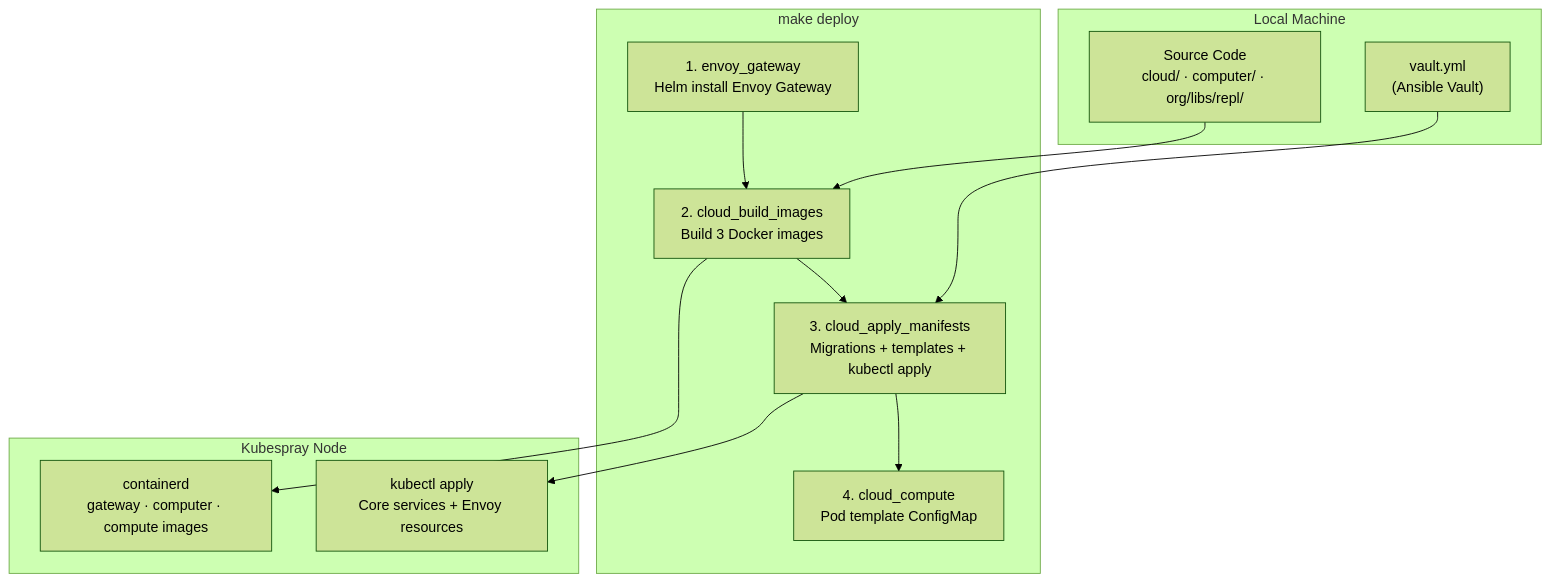
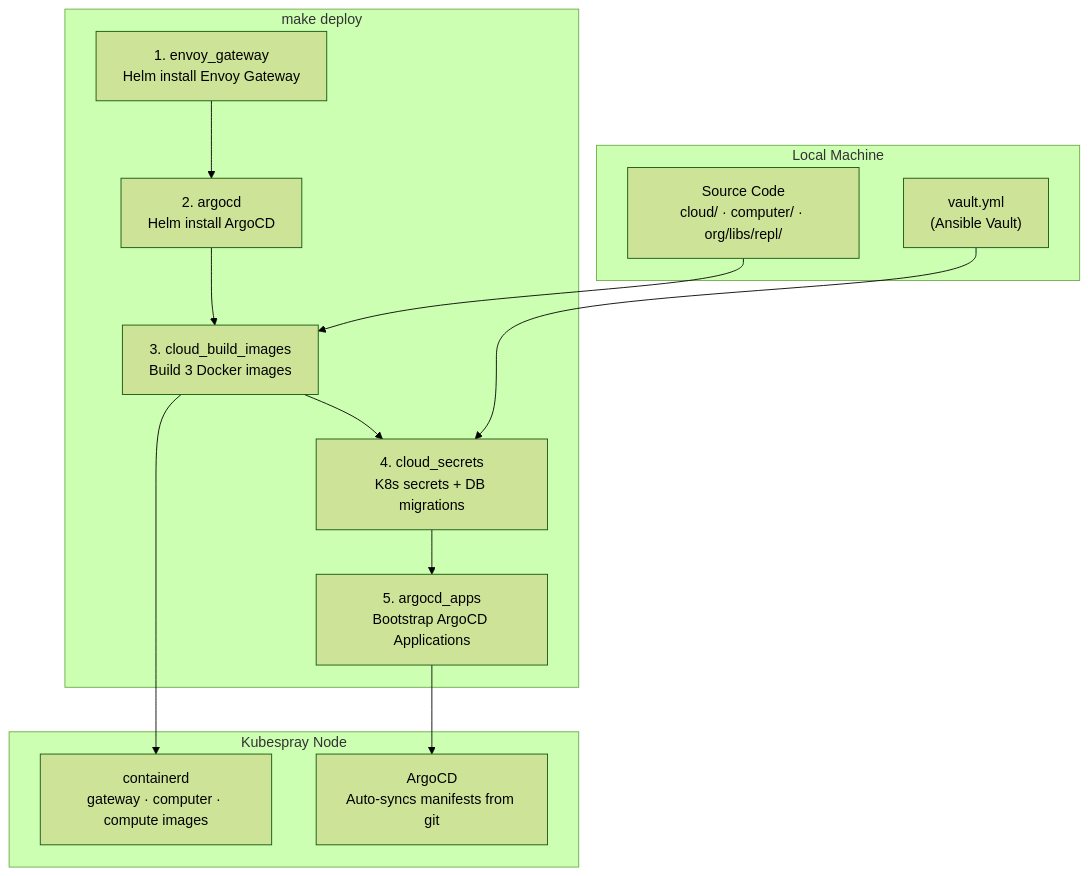
Before and after one commit to lmthing/lmthing: the fifth of 7 diagrams in devops/README.md, drawn with Mermaid (forest theme). The commit also changed other lines of this file, not shown here.

First line of the commit message:
Update devops README to reflect ArgoCD GitOps deployment

````diff
--- a/devops/README.md
+++ b/devops/README.md
@@ -144,25 +150,26 @@
 ```mermaid
 graph TD
     subgraph Local["Local Machine"]
         Code["Source Code<br/>cloud/ · computer/ · org/libs/repl/"]
         Vault["vault.yml<br/>(Ansible Vault)"]
     end
 
     subgraph Ansible["make deploy"]
         R1["1. envoy_gateway<br/>Helm install Envoy Gateway"]
-        R2["2. cloud_build_images<br/>Build 3 Docker images"]
-        R3["3. cloud_apply_manifests<br/>Migrations + templates + kubectl apply"]
-        R4["4. cloud_compute<br/>Pod template ConfigMap"]
-        R1 --> R2 --> R3 --> R4
+        R2["2. argocd<br/>Helm install ArgoCD"]
+        R3["3. cloud_build_images<br/>Build 3 Docker images"]
+        R4["4. cloud_secrets<br/>K8s secrets + DB migrations"]
+        R5["5. argocd_apps<br/>Bootstrap ArgoCD Applications"]
+        R1 --> R2 --> R3 --> R4 --> R5
     end
 
     subgraph Node["Kubespray Node"]
         Containerd["containerd<br/>gateway · computer · compute images"]
-        KubeApply["kubectl apply<br/>Core services + Envoy resources"]
+        ArgoCD["ArgoCD<br/>Auto-syncs manifests from git"]
     end
 
-    Code --> R2
-    Vault --> R3
-    R2 --> Containerd
-    R3 --> KubeApply
+    Code --> R3
+    Vault --> R4
+    R3 --> Containerd
+    R5 --> ArgoCD
 ```
````
